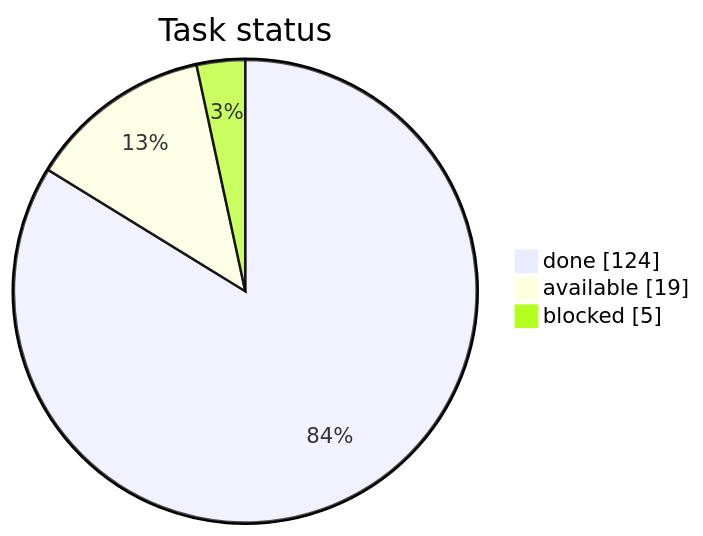
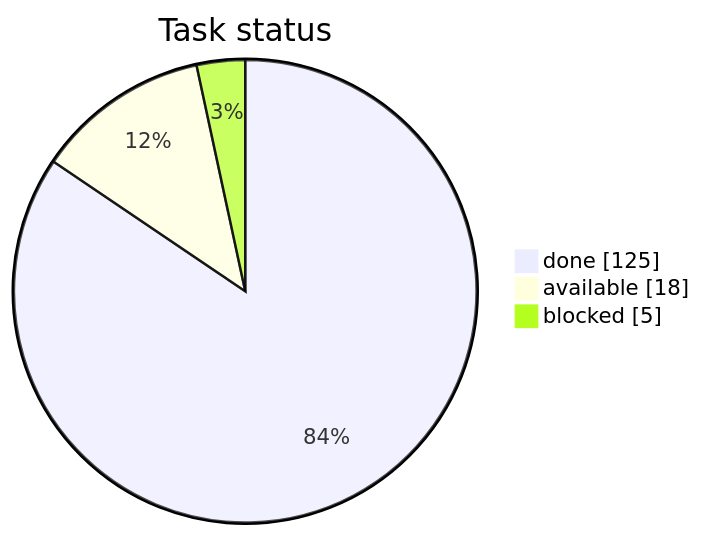
One commit to artemiiShabanov/RallyRivals changed the first of 3 diagrams in STATUS.md. Above: the diagram before and after it, drawn with Mermaid. The commit also changed other lines of this file and 6 other files, not shown here.

````diff
--- a/STATUS.md
+++ b/STATUS.md
@@ -7,7 +7,7 @@
 ```mermaid
 pie showData
     title Task status
-    "done" : 124
-    "available" : 19
+    "done" : 125
+    "available" : 18
     "blocked" : 5
 ```
````
